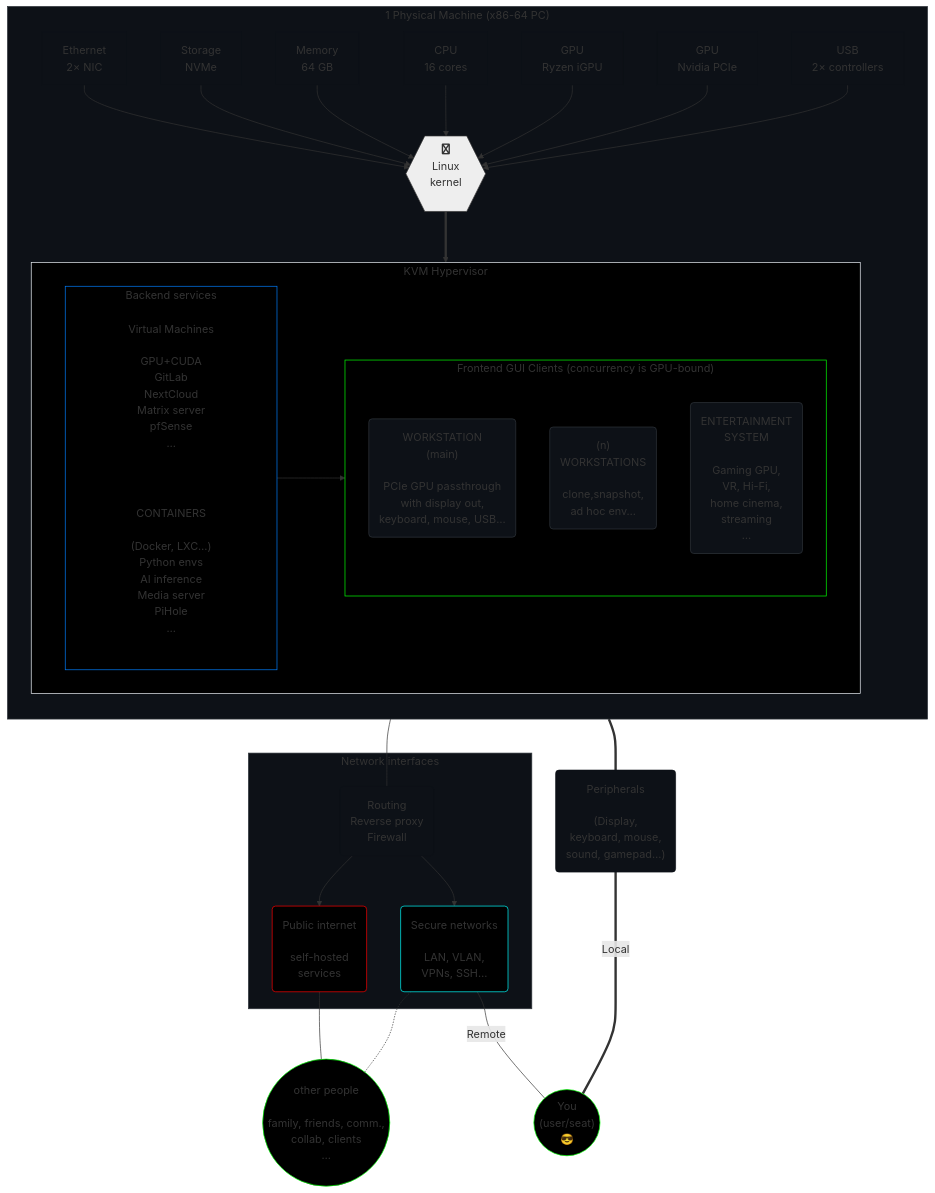
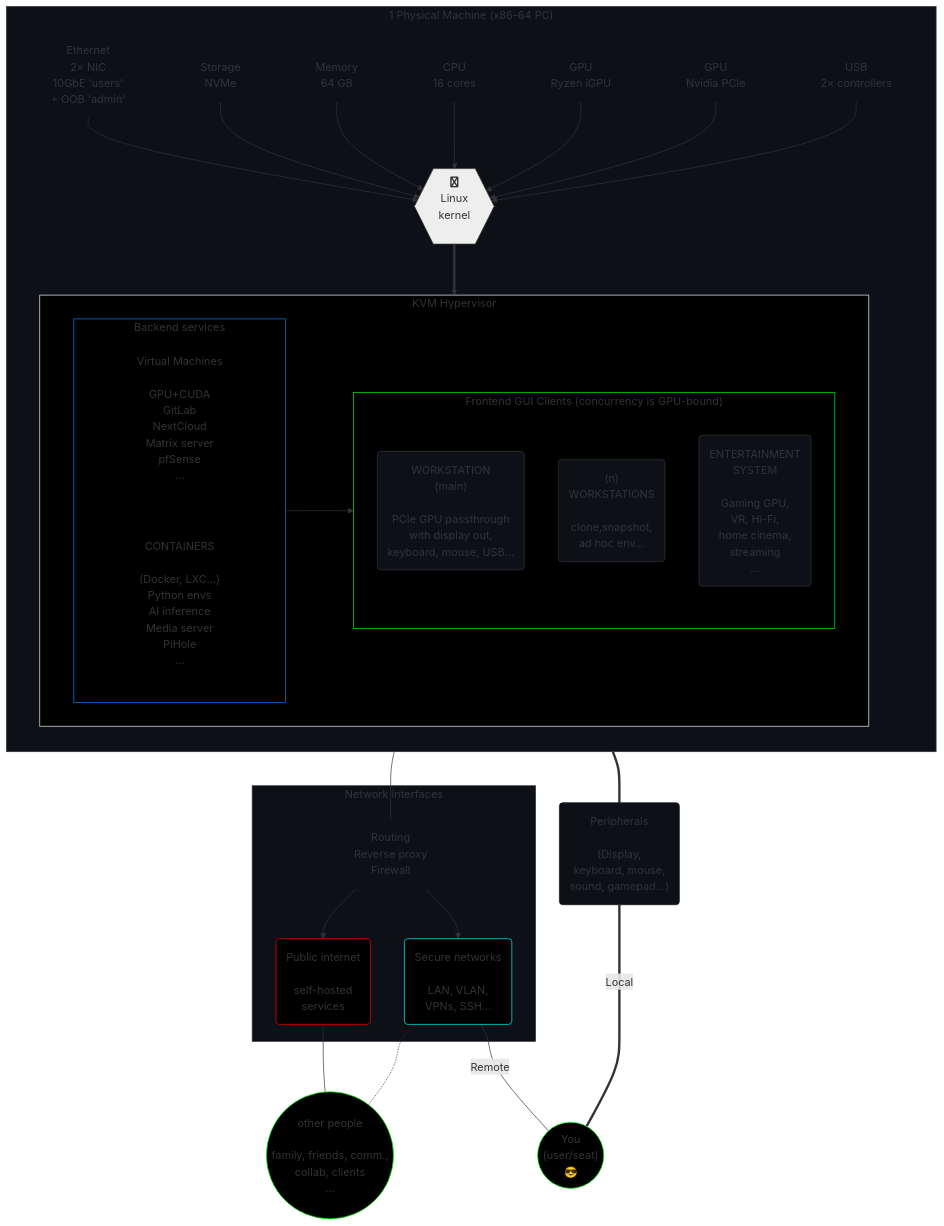
One commit to agenkit/GHost changed the diagram in README.md. Above: the diagram before and after it, drawn with Mermaid.

```diff
--- a/README.md
+++ b/README.md
@@ -36,7 +36,7 @@
    subgraph p["1 Physical Machine (x86-64 PC)"]
       direction TB
 
-      pnet["Ethernet<br>2× NIC"] --> h
+      pnet["Ethernet<br>2× NIC<br>10GbE 'users'<br>+ OOB 'admin'"] --> h
       pstor["Storage<br>NVMe"] --> h
       pmem["Memory<br>64 GB"] --> h
       pcpu["CPU<br>16 cores"] --> h
```
